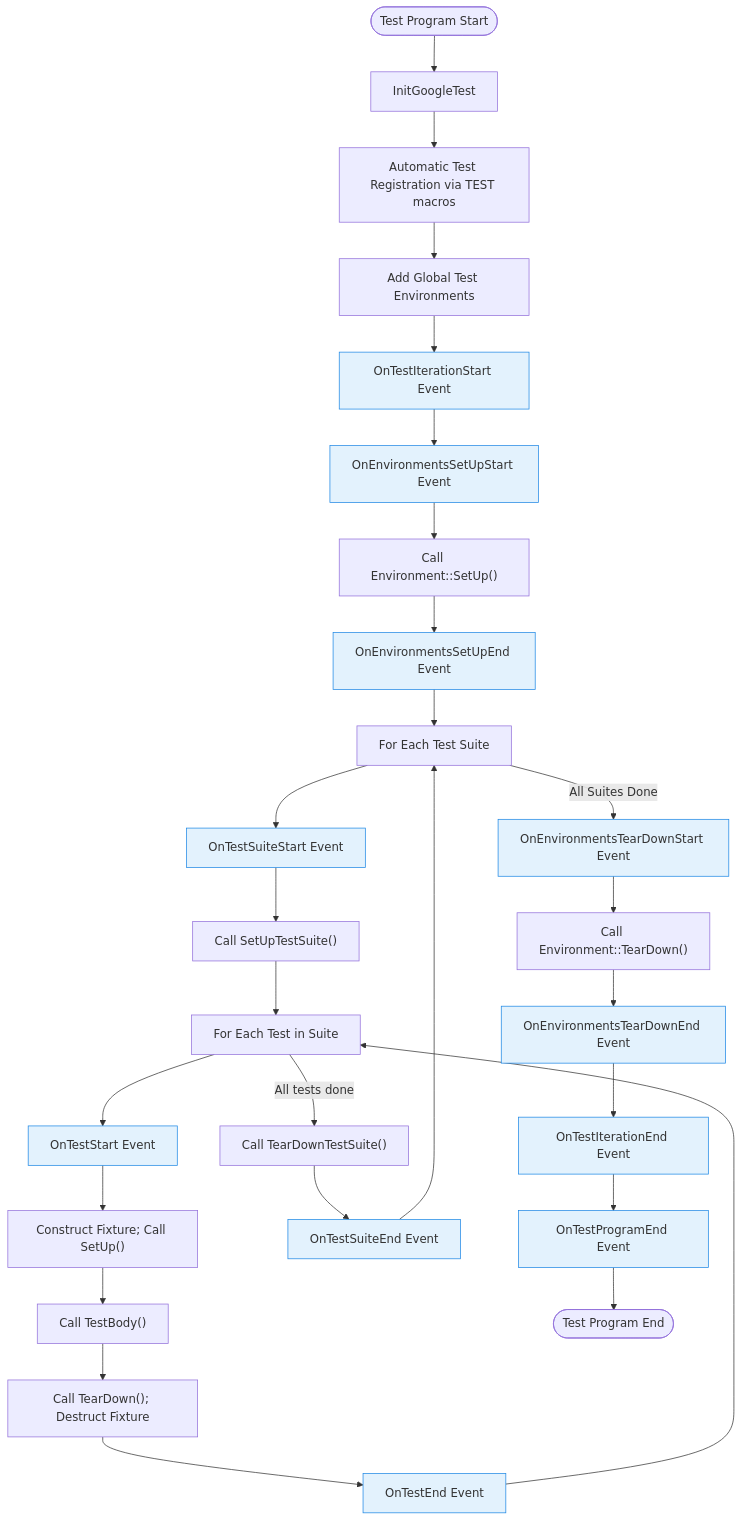
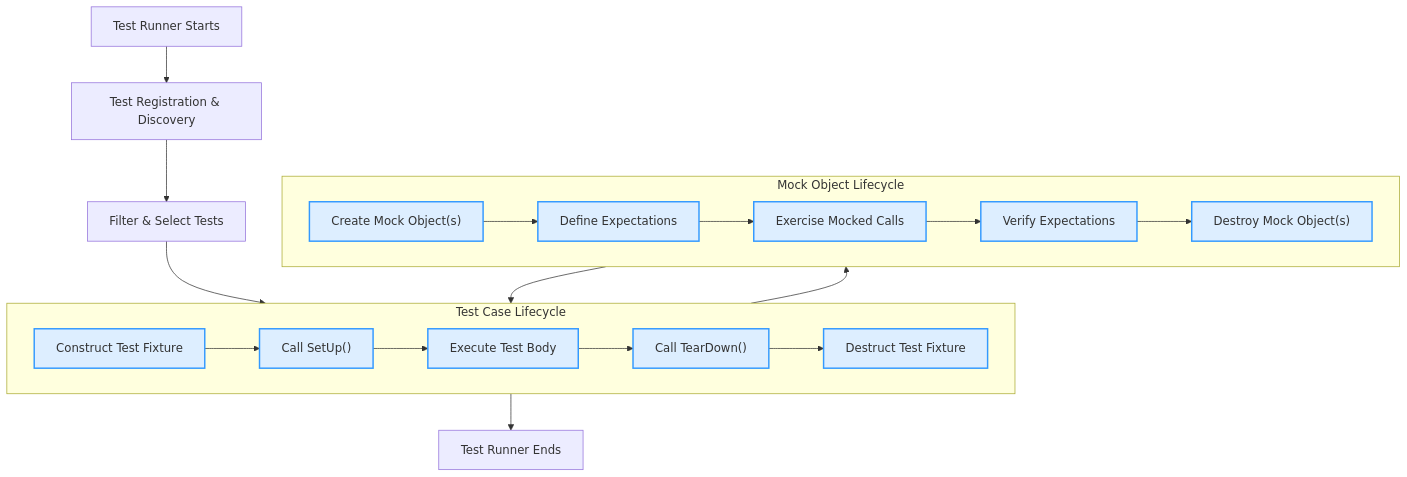
The diagram in concepts/core-architecture/test-discovery-lifecycle.mdx (clidey/docucod-public-project-869ef7c3-7eff-4ad2-9765-2698303f14d7), drawn with Mermaid before and after one commit. The commit also changed other lines of this file and 54 other files, not shown here.

````diff
--- a/concepts/core-architecture/test-discovery-lifecycle.mdx
+++ b/concepts/core-architecture/test-discovery-lifecycle.mdx
@@ -195,36 +249,30 @@
 ```mermaid
 flowchart TD
-  Start([Test Program Start]) --> InitGoogleTest
-  InitGoogleTest --> RegisterTests["Automatic Test Registration via TEST macros"]
-  RegisterTests --> AddGlobalEnv["Add Global Test Environments"]
-  AddGlobalEnv --> TestIterationStart["OnTestIterationStart Event"]
-  TestIterationStart --> SetupEnvStart["OnEnvironmentsSetUpStart Event"]
-  SetupEnvStart --> GlobalEnvSetup["Call Environment::SetUp()"]
-  GlobalEnvSetup --> SetupEnvEnd["OnEnvironmentsSetUpEnd Event"]
+  subgraph TestLifecycle["Test Case Lifecycle"]
+    ConstructFixture["Construct Test Fixture"]
+    SetUpFixture["Call SetUp()"]
+    RunTest["Execute Test Body"]
+    TearDownFixture["Call TearDown()"]
+    DestructFixture["Destruct Test Fixture"]
 
-  SetupEnvEnd --> ForEachSuite["For Each Test Suite"]
-  ForEachSuite --> SuiteStart["OnTestSuiteStart Event"]
-  SuiteStart --> SuiteSetUp["Call SetUpTestSuite()"]
-  SuiteSetUp --> ForEachTest["For Each Test in Suite"]
+    ConstructFixture --> SetUpFixture --> RunTest --> TearDownFixture --> DestructFixture
+  end
 
-  ForEachTest --> TestStart["OnTestStart Event"]
-  TestStart --> FixtureSetup["Construct Fixture; Call SetUp()"]
-  FixtureSetup --> RunTestBody["Call TestBody()"]
-  RunTestBody --> FixtureTearDown["Call TearDown(); Destruct Fixture"]
-  FixtureTearDown --> TestEnd["OnTestEnd Event"]
+  subgraph MockLifecycle["Mock Object Lifecycle"]
+    ConstructMock["Create Mock Object(s)"]
+    DefineExpectations["Define Expectations"]
+    ExecuteWithMock["Exercise Mocked Calls"]
+    VerifyMock["Verify Expectations"]
+    DestructMock["Destroy Mock Object(s)"]
 
-  TestEnd --> ForEachTest
-  ForEachTest -->|All tests done| SuiteTearDown["Call TearDownTestSuite()"]
-  SuiteTearDown --> SuiteEnd["OnTestSuiteEnd Event"]
+    ConstructMock --> DefineExpectations --> ExecuteWithMock --> VerifyMock --> DestructMock
+  end
 
-  SuiteEnd --> ForEachSuite
-  ForEachSuite -->|All Suites Done| TearDownEnvStart["OnEnvironmentsTearDownStart Event"]
-  TearDownEnvStart --> GlobalEnvTearDown["Call Environment::TearDown()"]
-  GlobalEnvTearDown --> TearDownEnvEnd["OnEnvironmentsTearDownEnd Event"]
-  TearDownEnvEnd --> TestIterationEnd["OnTestIterationEnd Event"]
-  TestIterationEnd --> TestProgramEnd["OnTestProgramEnd Event"]
-  TestProgramEnd --> End([Test Program End])
+  start["Test Runner Starts"] --> RegisterTests["Test Registration & Discovery"] --> SelectTest["Filter & Select Tests"] --> TestLifecycle
+  TestLifecycle --> MockLifecycle
+  MockLifecycle --> TestLifecycle
+  TestLifecycle --> End["Test Runner Ends"]
 
-  classDef events fill:#e3f2fd,stroke:#1e88e5,stroke-width:1px;
-  class SetupEnvStart,SetupEnvEnd,TearDownEnvStart,TearDownEnvEnd,TestIterationStart,TestIterationEnd,TestProgramEnd,SuiteStart,SuiteEnd,TestStart,TestEnd events;
+  classDef lifecycleNodes fill:#DDEEFF,stroke:#3399FF,stroke-width:2px;
+  class ConstructFixture,SetUpFixture,RunTest,TearDownFixture,DestructFixture,ConstructMock,DefineExpectations,ExecuteWithMock,VerifyMock,DestructMock lifecycleNodes;
 ```
````
